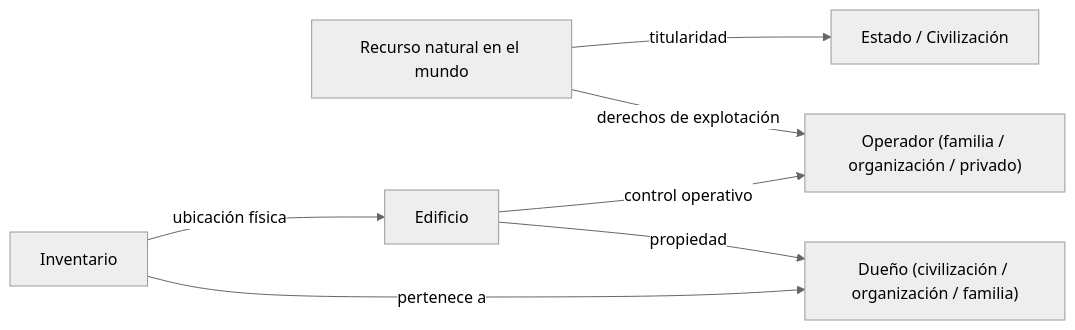
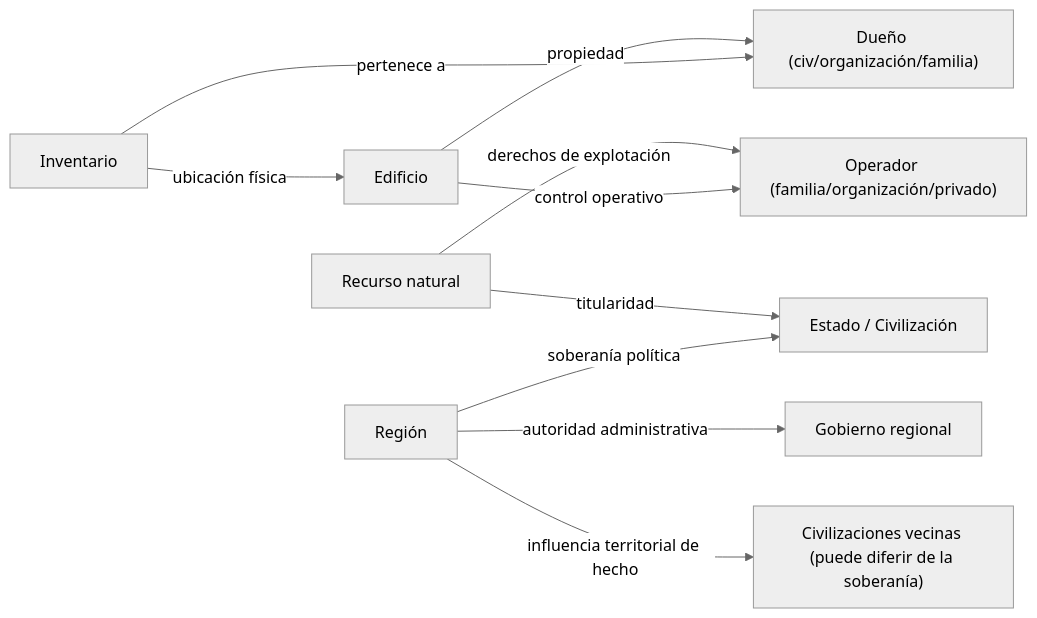
The first of 2 diagrams in SHARED_DATA_MODEL.md (guidoalloatti/civilizations-evolution-doc), drawn with Mermaid (neutral theme) before and after one commit. The commit also changed other lines of this file and 7 other files, not shown here.

````diff
--- a/SHARED_DATA_MODEL.md
+++ b/SHARED_DATA_MODEL.md
@@ -156,9 +180,12 @@
 ```mermaid
 flowchart LR
-    NAT["Recurso natural en el mundo"] -->|titularidad| CIV["Estado / Civilización"]
-    NAT -->|derechos de explotación| OP["Operador (familia / organización / privado)"]
-    BLD["Edificio"] -->|propiedad| OWN["Dueño (civilización / organización / familia)"]
+    NAT["Recurso natural"] -->|titularidad| CIV["Estado / Civilización"]
+    NAT -->|derechos de explotación| OP["Operador (familia/organización/privado)"]
+    BLD["Edificio"] -->|propiedad| OWN["Dueño (civ/organización/familia)"]
     BLD -->|control operativo| OP
     INV["Inventario"] -->|ubicación física| BLD
     INV -->|pertenece a| OWN
+    REG["Región"] -->|autoridad administrativa| ADMIN["Gobierno regional"]
+    REG -->|soberanía política| CIV
+    REG -->|influencia territorial de hecho| INF["Civilizaciones vecinas (puede diferir de la soberanía)"]
 ```
````
